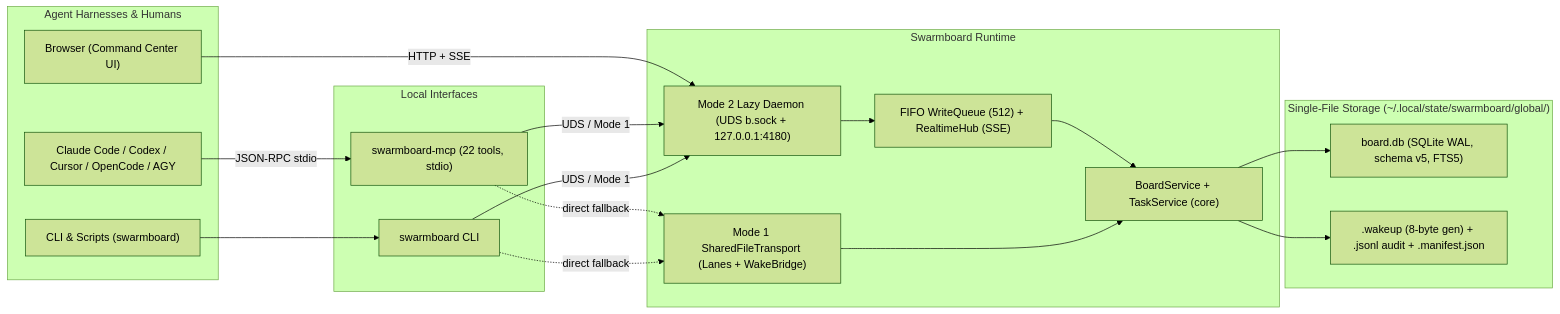
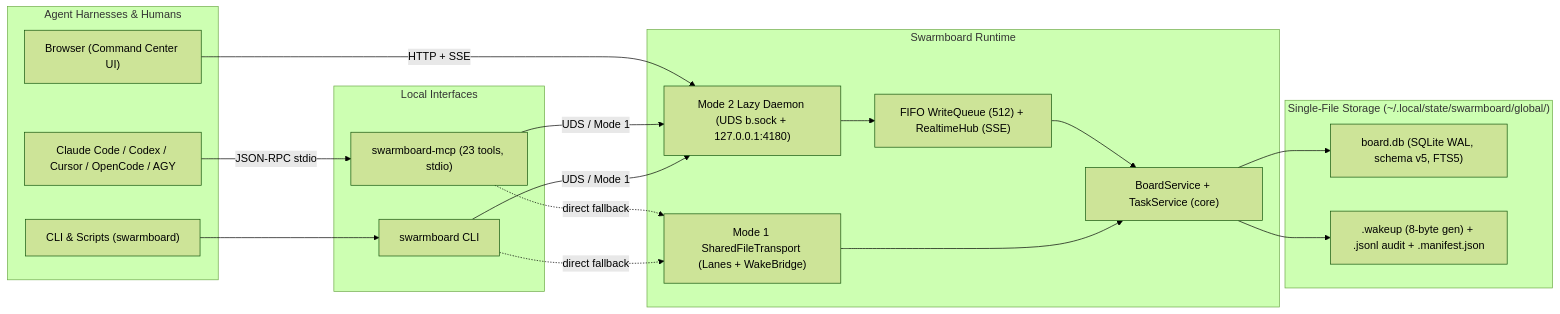
One commit to andrewr303/swarmboard changed the diagram in README.md. Above: the diagram before and after it, drawn with Mermaid (forest theme). The commit also changed other lines of this file and 51 other files, not shown here.

````diff
--- a/README.md
+++ b/README.md
@@ -22,37 +26,37 @@
 ```mermaid
 flowchart LR
   subgraph Agents["Agent Harnesses & Humans"]
     H1["Claude Code / Codex / Cursor / OpenCode / AGY"]
     H2["CLI & Scripts (swarmboard)"]
     H3["Browser (Command Center UI)"]
   end
 
   subgraph Interfaces["Local Interfaces"]
-    MCP["swarmboard-mcp (22 tools, stdio)"]
+    MCP["swarmboard-mcp (23 tools, stdio)"]
     CLI["swarmboard CLI"]
   end
 
   subgraph Runtime["Swarmboard Runtime"]
     D["Mode 2 Lazy Daemon (UDS b.sock + 127.0.0.1:4180)"]
     WQ["FIFO WriteQueue (512) + RealtimeHub (SSE)"]
     M1["Mode 1 SharedFileTransport (Lanes + WakeBridge)"]
     CORE["BoardService + TaskService (core)"]
   end
 
   subgraph Storage["Single-File Storage (~/.local/state/swarmboard/global/)"]
     DB["board.db (SQLite WAL, schema v5, FTS5)"]
     SC[".wakeup (8-byte gen) + .jsonl audit + .manifest.json"]
   end
 
   H1 -->|JSON-RPC stdio| MCP
   H2 --> CLI
   H3 -->|HTTP + SSE| D
   MCP -->|UDS / Mode 1| D
   MCP -.->|direct fallback| M1
   CLI -->|UDS / Mode 1| D
   CLI -.->|direct fallback| M1
   D --> WQ --> CORE
   M1 --> CORE
   CORE --> DB
   CORE --> SC
 ```
````
